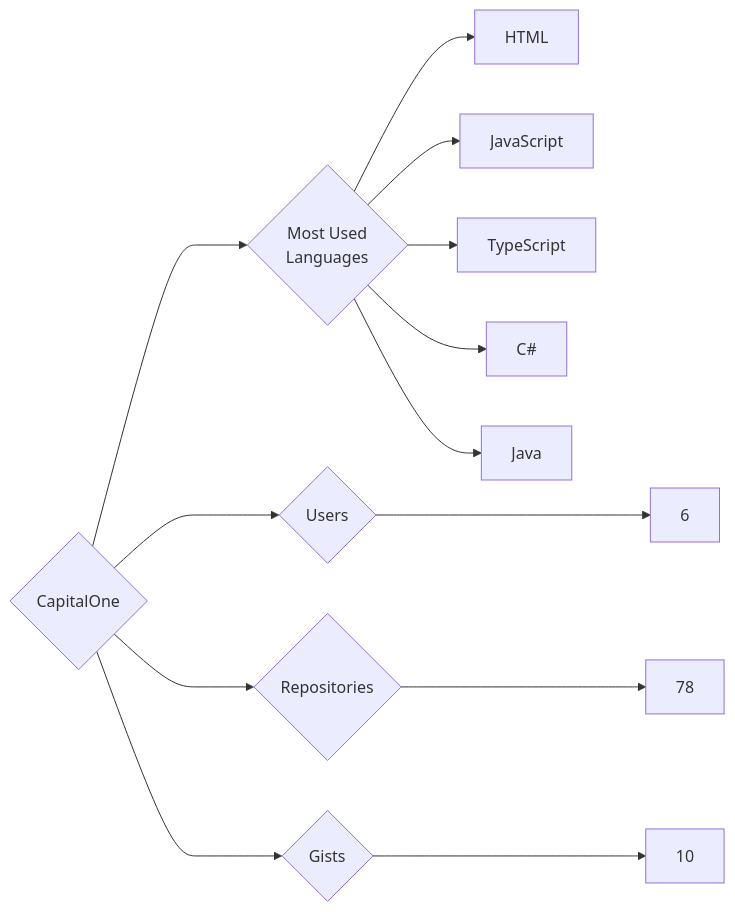
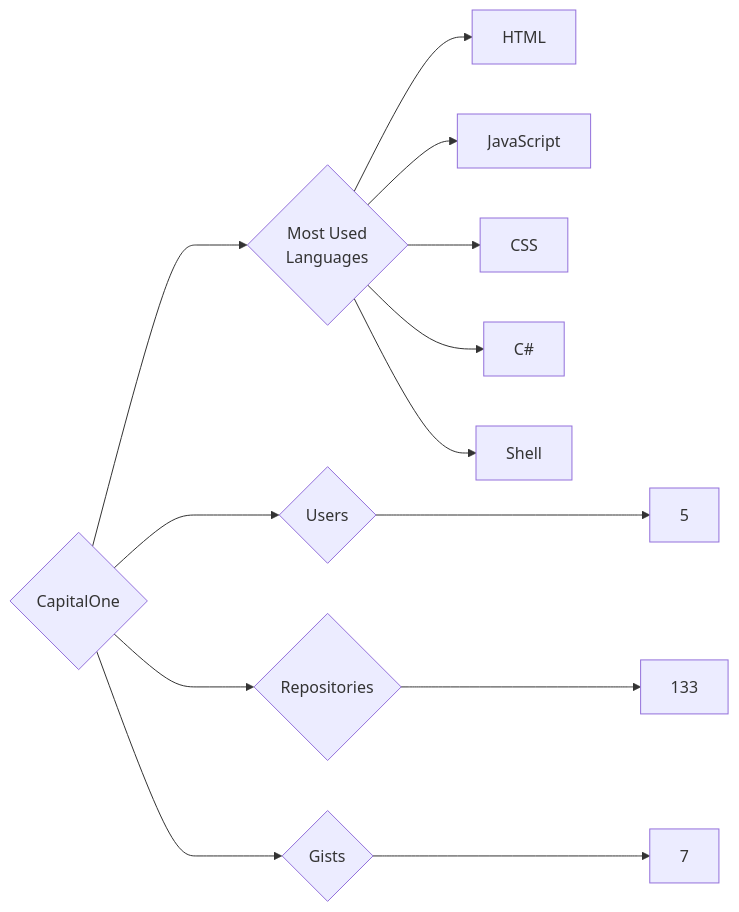
One commit to trickest/insiders changed the diagram in targets/CapitalOne/README.md. Above: the diagram before and after it, drawn with Mermaid. The commit also changed 1036 other files, not shown here.

````diff
--- a/targets/CapitalOne/README.md
+++ b/targets/CapitalOne/README.md
@@ -3,13 +3,13 @@
 ```mermaid
 graph LR
 COMPANY_NAME{CapitalOne}
-COMPANY_NAME ---> U{Users} ---> UN[6]
-COMPANY_NAME ---> R{Repositories} ---> RN[78]
-COMPANY_NAME ---> G{Gists} ---> GN[10]
+COMPANY_NAME ---> U{Users} ---> UN[5]
+COMPANY_NAME ---> R{Repositories} ---> RN[133]
+COMPANY_NAME ---> G{Gists} ---> GN[7]
 COMPANY_NAME ---> ML{Most Used<br>Languages}
 ML --> HTML[HTML]
 ML --> JavaScript[JavaScript]
-ML --> TypeScript[TypeScript]
+ML --> CSS[CSS]
 ML --> C#[C#]
-ML --> Java[Java]
+ML --> Shell[Shell]
 ```
````
